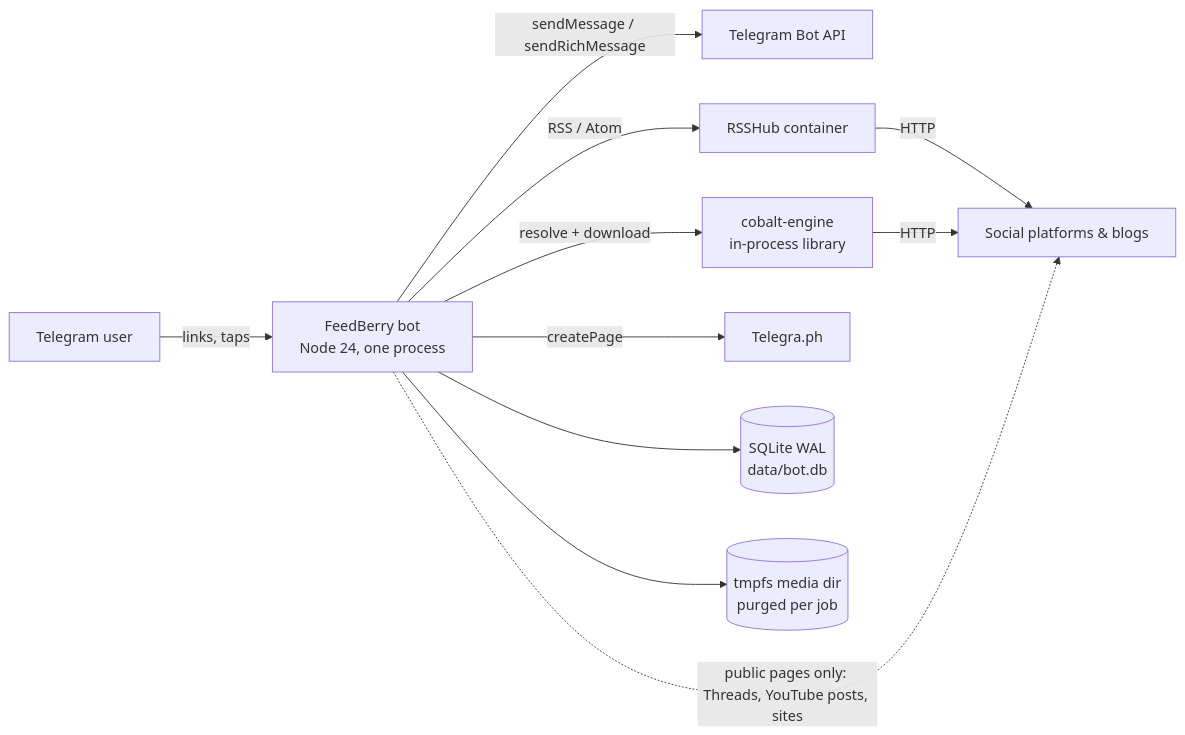
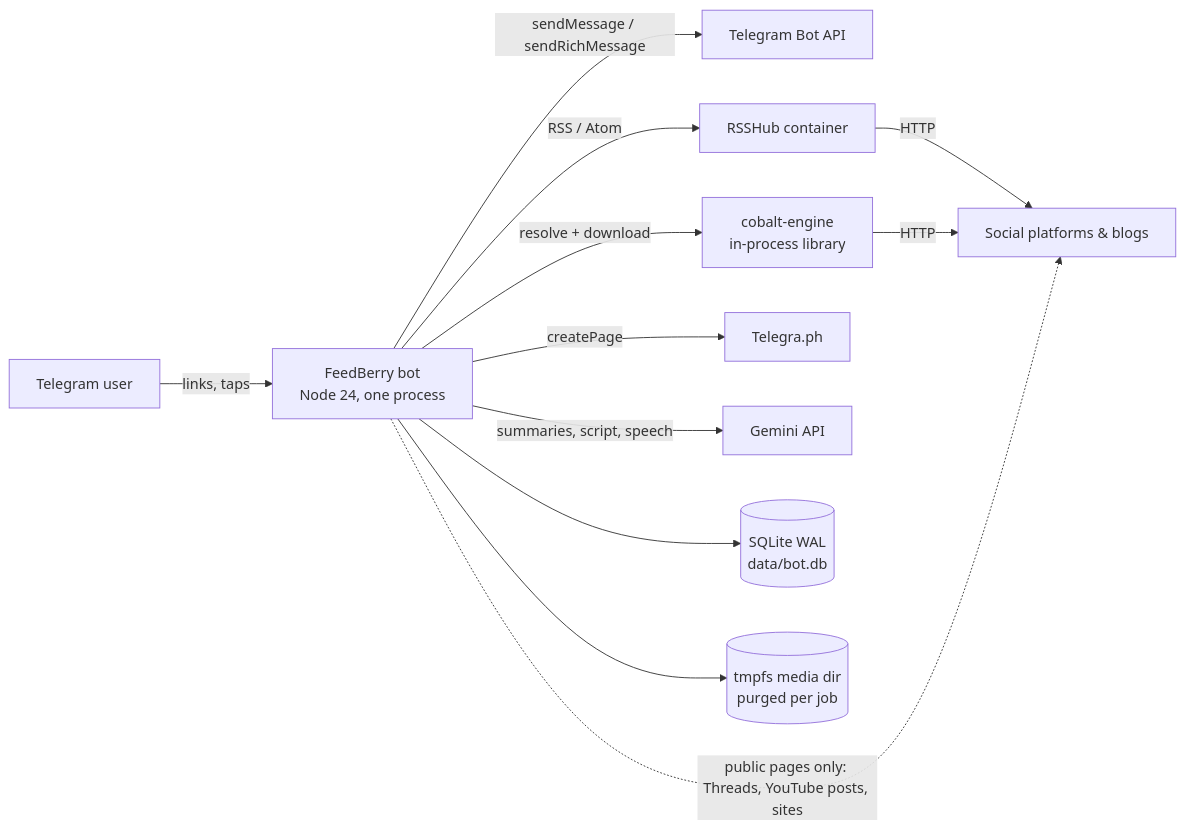
Before and after one commit to mishafhasan/feedberry-bot: the first of 2 diagrams in README.md, drawn with Mermaid. The commit also changed other lines of this file, not shown here.

````diff
--- a/README.md
+++ b/README.md
@@ -42,13 +43,14 @@
 ```mermaid
 flowchart LR
   U[Telegram user] -->|links, taps| B[FeedBerry bot<br/>Node 24, one process]
   B -->|sendMessage / sendRichMessage| TG[Telegram Bot API]
   B -->|RSS / Atom| RH[RSSHub container]
   RH -->|HTTP| P[Social platforms & blogs]
   B -->|resolve + download| CE[cobalt-engine<br/>in-process library]
   CE -->|HTTP| P
   B -->|createPage| TP[Telegra.ph]
+  B -->|summaries, script, speech| GM[Gemini API]
   B -.->|public pages only: Threads, YouTube posts, sites| P
   B --> DB[(SQLite WAL<br/>data/bot.db)]
   B --> FS[(tmpfs media dir<br/>purged per job)]
 ```
````
